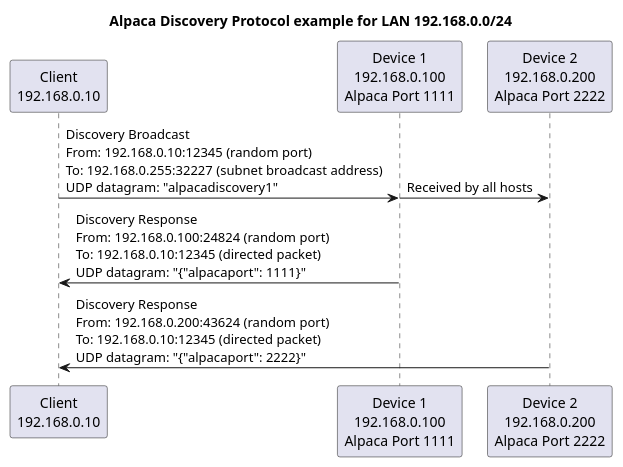
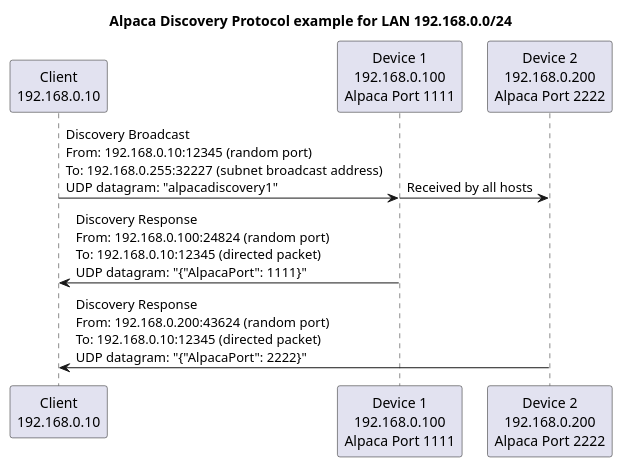
The diagram in discovery.puml (DanielVanNoord/AlpacaDiscoveryTests), drawn with PlantUML before and after one commit. The commit also changed 15 other files, not shown here.

```diff
--- a/discovery.puml
+++ b/discovery.puml
@@ -1,13 +1,13 @@
 @startuml
 !pragma teoz true
 title Alpaca Discovery Protocol example for LAN 192.168.0.0/24
 participant "Client\n192.168.0.10" as Client
 participant "Device 1\n192.168.0.100\nAlpaca Port 1111" as Device1
 participant "Device 2\n192.168.0.200\nAlpaca Port 2222" as Device2
 
 Client -> Device1 : Discovery Broadcast\nFrom: 192.168.0.10:12345 (random port)\nTo: 192.168.0.255:32227 (subnet broadcast address)\nUDP datagram: "alpacadiscovery1"
 & Device1 -> Device2 : Received by all hosts
 
-Device1 -> Client : Discovery Response\nFrom: 192.168.0.100:24824 (random port)\nTo: 192.168.0.10:12345 (directed packet)\nUDP datagram: "{"alpacaport": 1111}"
-Device2 -> Client : Discovery Response\nFrom: 192.168.0.200:43624 (random port)\nTo: 192.168.0.10:12345 (directed packet)\nUDP datagram: "{"alpacaport": 2222}"
+Device1 -> Client : Discovery Response\nFrom: 192.168.0.100:24824 (random port)\nTo: 192.168.0.10:12345 (directed packet)\nUDP datagram: "{"AlpacaPort": 1111}"
+Device2 -> Client : Discovery Response\nFrom: 192.168.0.200:43624 (random port)\nTo: 192.168.0.10:12345 (directed packet)\nUDP datagram: "{"AlpacaPort": 2222}"
 @enduml
```
